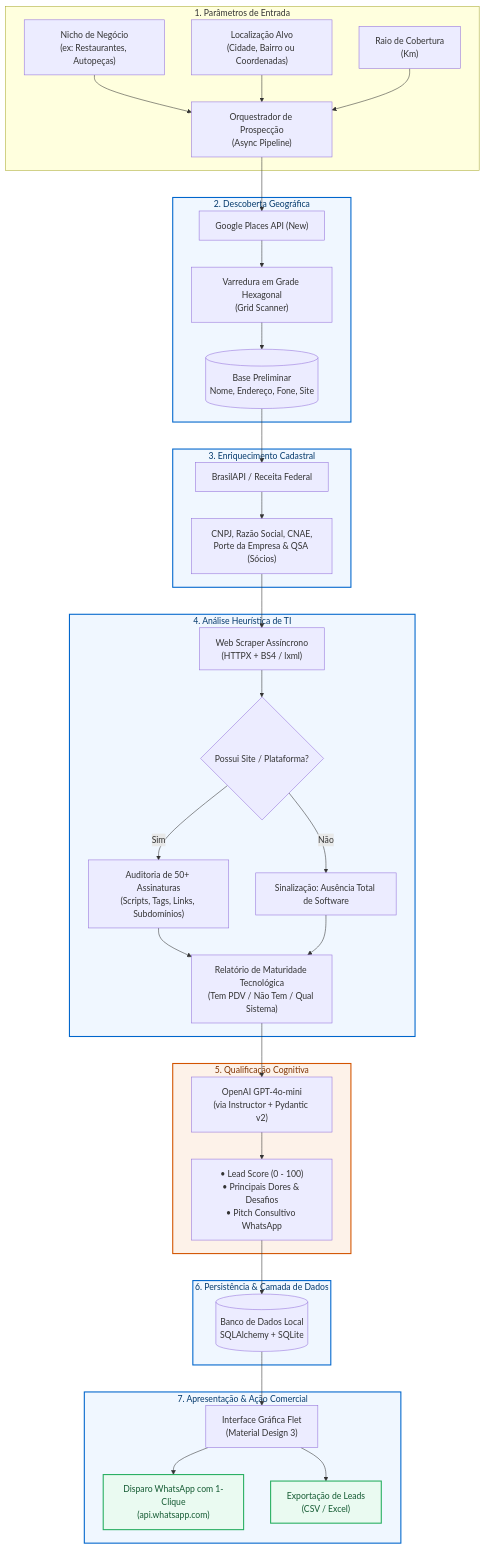
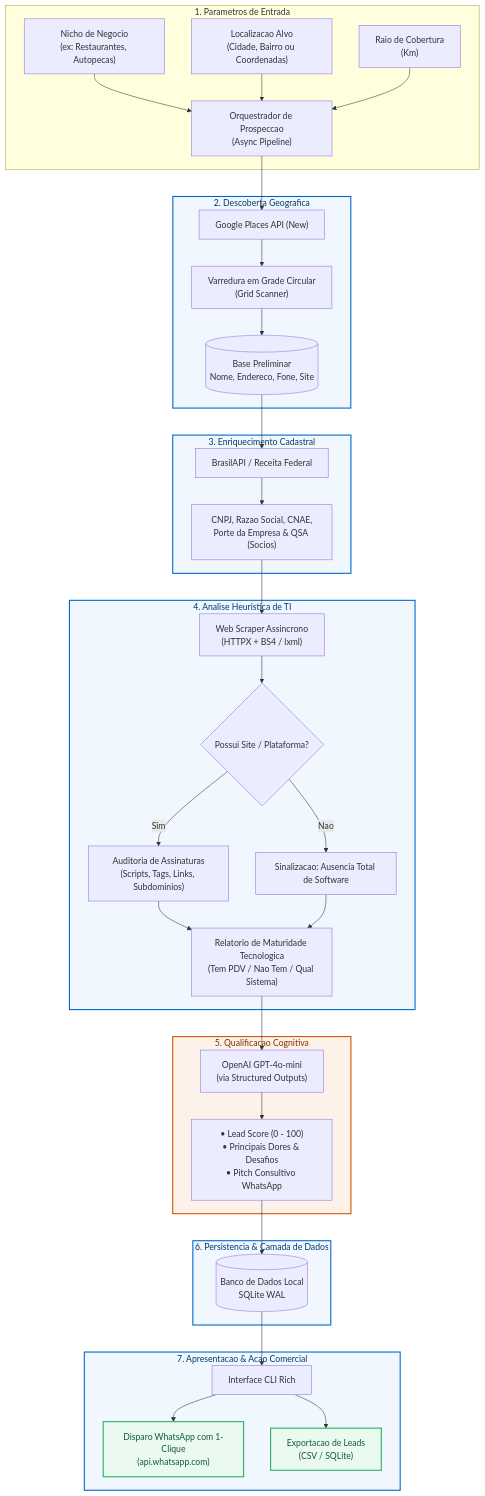
The diagram in README.md (dgphaney-dev/sweezy-ai), drawn with Mermaid before and after one commit. The commit also changed other lines of this file, not shown here.

````diff
--- a/README.md
+++ b/README.md
@@ -106,50 +97,50 @@
 ```mermaid
 flowchart TD
-    subgraph Entrada["1. Parâmetros de Entrada"]
-        A["Nicho de Negócio<br>(ex: Restaurantes, Autopeças)"]
-        B["Localização Alvo<br>(Cidade, Bairro ou Coordenadas)"]
+    subgraph Entrada["1. Parametros de Entrada"]
+        A["Nicho de Negocio<br>(ex: Restaurantes, Autopecas)"]
+        B["Localizacao Alvo<br>(Cidade, Bairro ou Coordenadas)"]
         C["Raio de Cobertura<br>(Km)"]
-        A & B & C --> D["Orquestrador de Prospecção<br>(Async Pipeline)"]
+        A & B & C --> D["Orquestrador de Prospeccao<br>(Async Pipeline)"]
     end
 
-    subgraph Discovery["2. Descoberta Geográfica"]
+    subgraph Discovery["2. Descoberta Geografica"]
         D --> E["Google Places API (New)"]
-        E --> F["Varredura em Grade Hexagonal<br>(Grid Scanner)"]
-        F --> G[("Base Preliminar<br>Nome, Endereço, Fone, Site")]
+        E --> F["Varredura em Grade Circular<br>(Grid Scanner)"]
+        F --> G[("Base Preliminar<br>Nome, Endereco, Fone, Site")]
     end
 
     subgraph Enrichment["3. Enriquecimento Cadastral"]
         G --> H["BrasilAPI / Receita Federal"]
-        H --> I["CNPJ, Razão Social, CNAE,<br>Porte da Empresa & QSA (Sócios)"]
+        H --> I["CNPJ, Razao Social, CNAE,<br>Porte da Empresa & QSA (Socios)"]
     end
 
-    subgraph Scraping["4. Análise Heurística de TI"]
-        I --> J["Web Scraper Assíncrono<br>(HTTPX + BS4 / lxml)"]
+    subgraph Scraping["4. Analise Heuristica de TI"]
+        I --> J["Web Scraper Assincrono<br>(HTTPX + BS4 / lxml)"]
         J --> K{"Possui Site / Plataforma?"}
-        K -- Sim --> L["Auditoria de 50+ Assinaturas<br>(Scripts, Tags, Links, Subdomínios)"]
-        K -- Não --> M["Sinalização: Ausência Total de Software"]
-        L & M --> N["Relatório de Maturidade Tecnológica<br>(Tem PDV / Não Tem / Qual Sistema)"]
+        K -- Sim --> L["Auditoria de Assinaturas<br>(Scripts, Tags, Links, Subdominios)"]
+        K -- Nao --> M["Sinalizacao: Ausencia Total de Software"]
+        L & M --> N["Relatorio de Maturidade Tecnologica<br>(Tem PDV / Nao Tem / Qual Sistema)"]
     end
 
-    subgraph Qualification["5. Qualificação Cognitiva"]
-        N --> O["OpenAI GPT-4o-mini<br>(via Instructor + Pydantic v2)"]
+    subgraph Qualification["5. Qualificacao Cognitiva"]
+        N --> O["OpenAI GPT-4o-mini<br>(via Structured Outputs)"]
         O --> P["• Lead Score (0 - 100)<br>• Principais Dores & Desafios<br>• Pitch Consultivo WhatsApp"]
     end
 
-    subgraph Storage["6. Persistência & Camada de Dados"]
-        P --> Q[("Banco de Dados Local<br>SQLAlchemy + SQLite")]
+    subgraph Storage["6. Persistencia & Camada de Dados"]
+        P --> Q[("Banco de Dados Local<br>SQLite WAL")]
     end
 
-    subgraph Presentation["7. Apresentação & Ação Comercial"]
-        Q --> R["Interface Gráfica Flet<br>(Material Design 3)"]
+    subgraph Presentation["7. Apresentacao & Acao Comercial"]
+        Q --> R["Interface CLI Rich"]
         R --> S["Disparo WhatsApp com 1-Clique<br>(api.whatsapp.com)"]
-        R --> T["Exportação de Leads<br>(CSV / Excel)"]
+        R --> T["Exportacao de Leads<br>(CSV / SQLite)"]
     end
 
     classDef stage fill:#f0f7ff,stroke:#0066cc,stroke-width:2px,color:#03396c;
     classDef llm fill:#fdf2e9,stroke:#d35400,stroke-width:2px,color:#7e3202;
     classDef highlight fill:#eafaf1,stroke:#27ae60,stroke-width:2px,color:#145a32;
     class Discovery,Enrichment,Scraping,Storage,Presentation stage;
     class Qualification llm;
     class S,T highlight;
 ```
````
